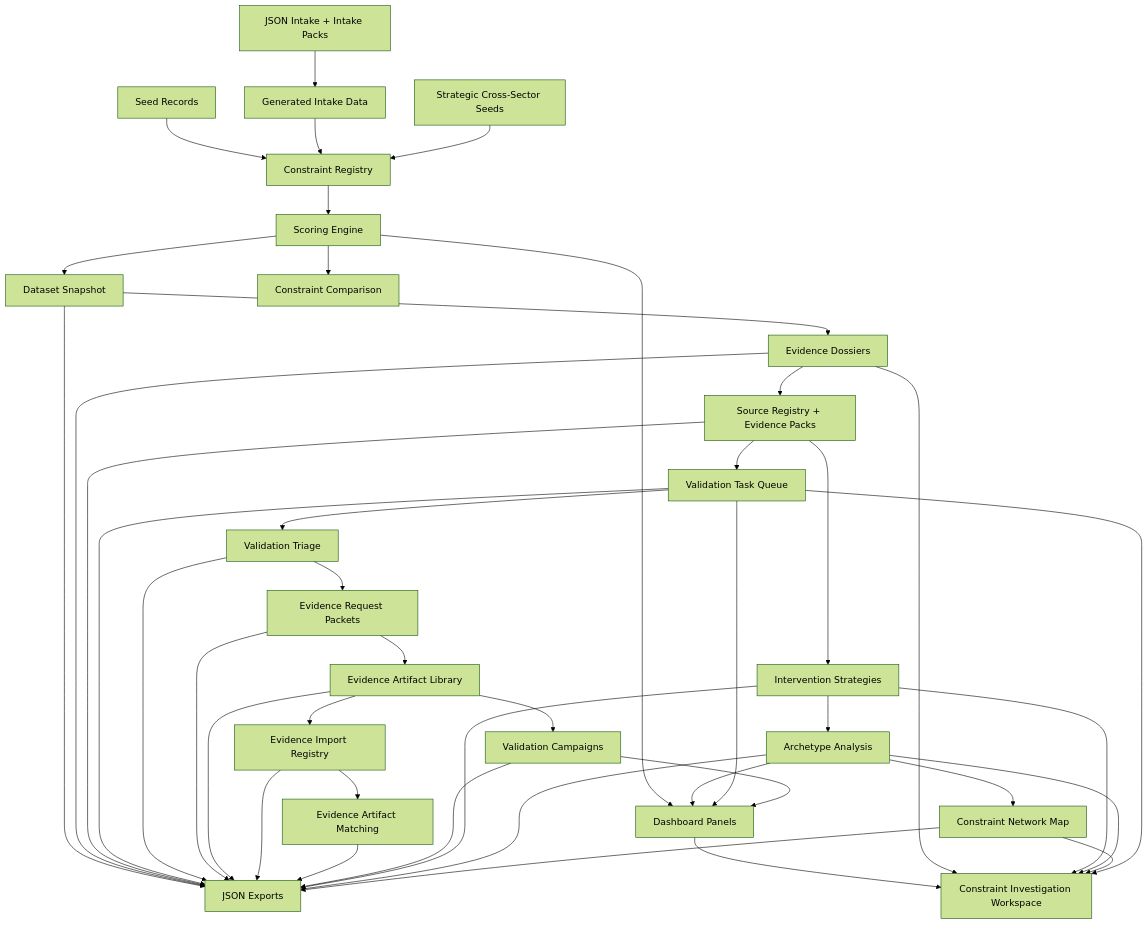
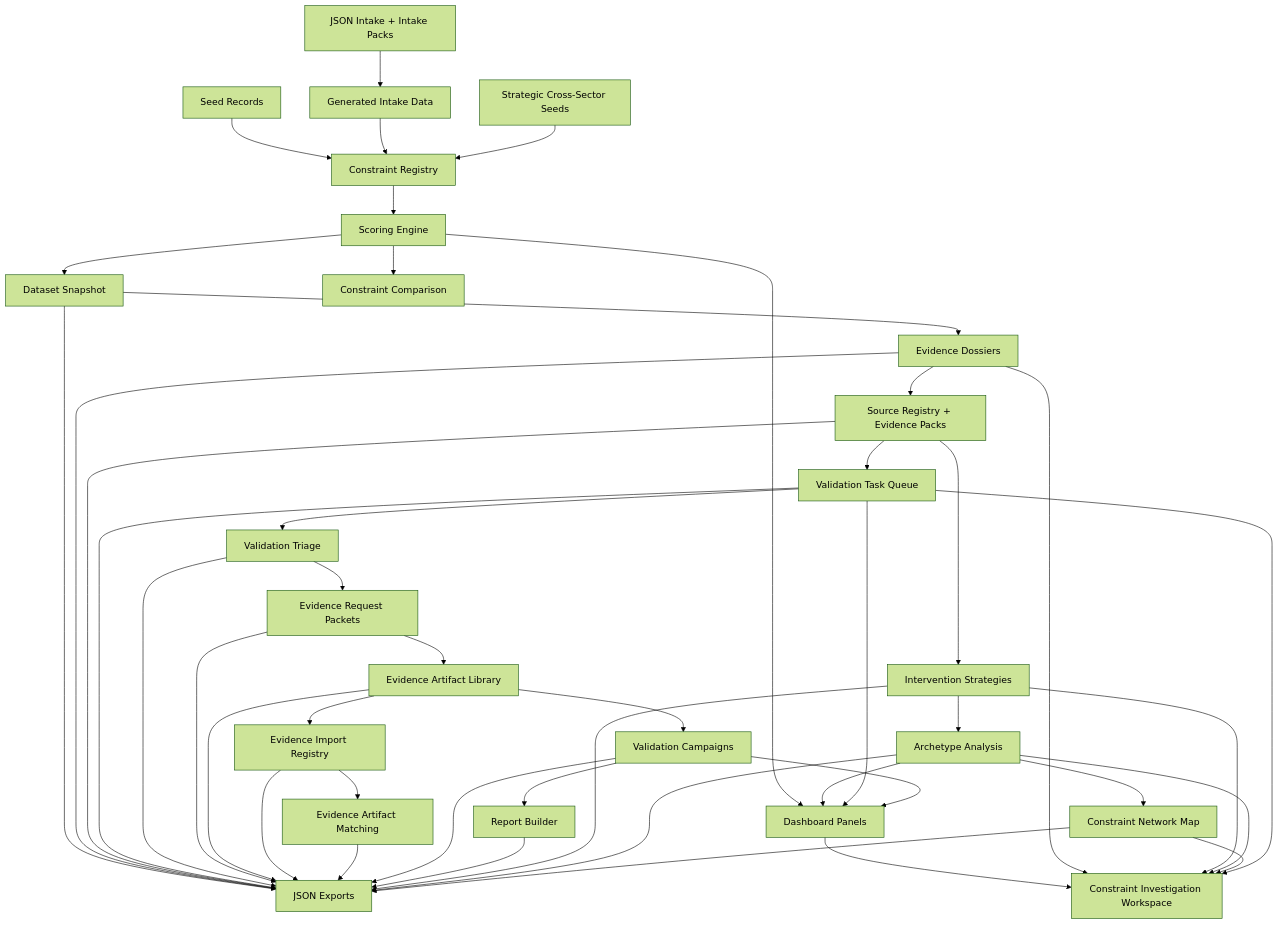
Before and after one commit to EtherTabu/economic-x-ray-vision: the second of 2 diagrams in README.md, drawn with Mermaid (forest theme). The commit also changed other lines of this file and 40 other files, not shown here.

Commit message:
Add deterministic report builder

````diff
--- a/README.md
+++ b/README.md
@@ -159,45 +165,47 @@
 ```mermaid
 flowchart TD
   A["Seed Records"] --> C["Constraint Registry"]
   B["JSON Intake + Intake Packs"] --> D["Generated Intake Data"]
   D --> C
   E["Strategic Cross-Sector Seeds"] --> C
   C --> F["Scoring Engine"]
   F --> G["Dataset Snapshot"]
   G --> H["Evidence Dossiers"]
   H --> O["Source Registry + Evidence Packs"]
   O --> P["Validation Task Queue"]
   P --> Q["Validation Triage"]
   Q --> R["Evidence Request Packets"]
   R --> U["Evidence Artifact Library"]
   U --> V["Evidence Import Registry"]
   V --> W["Evidence Artifact Matching"]
   U --> S["Validation Campaigns"]
+  S --> X["Report Builder"]
   O --> I["Intervention Strategies"]
   I --> J["Archetype Analysis"]
   J --> N["Constraint Network Map"]
   F --> T["Constraint Comparison"]
   F --> K["Dashboard Panels"]
   K --> M["Constraint Investigation Workspace"]
   H --> M
   I --> M
   J --> M
   N --> M
   P --> M
   G --> L["JSON Exports"]
   H --> L
   O --> L
   P --> L
   Q --> L
   R --> L
   U --> L
   V --> L
   W --> L
   S --> L
+  X --> L
   I --> L
   J --> L
   N --> L
   J --> K
   P --> K
   S --> K
 ```
````
